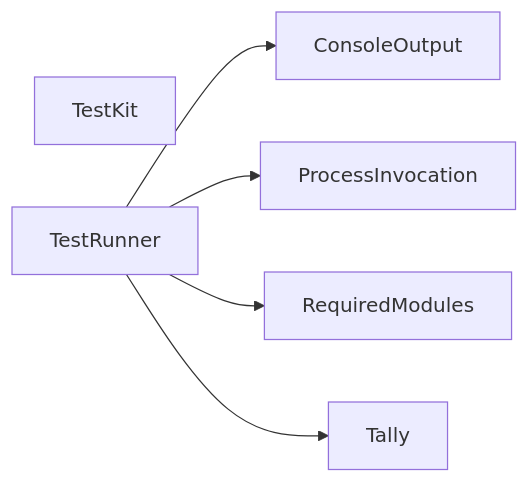
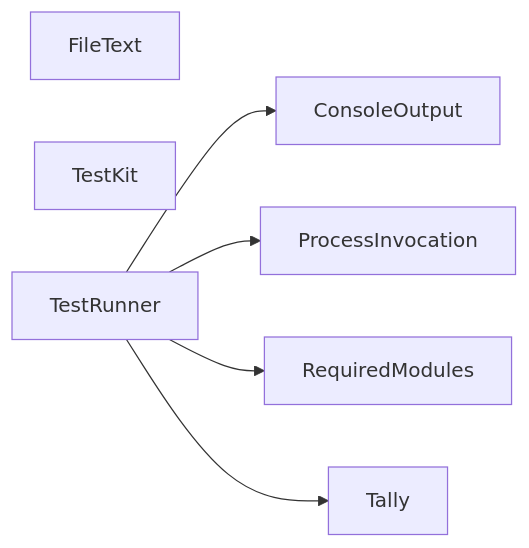
One commit to TaffarelJr/powershell-modules changed the diagram in README.md. Above: the diagram before and after it, drawn with Mermaid. The commit also changed other lines of this file and 22 other files, not shown here.

````diff
--- a/README.md
+++ b/README.md
@@ -29,14 +30,15 @@
 ```mermaid
 graph LR
     ConsoleOutput["ConsoleOutput"]
+    FileText["FileText"]
     ProcessInvocation["ProcessInvocation"]
     RequiredModules["RequiredModules"]
     Tally["Tally"]
     TestKit["TestKit"]
     TestRunner["TestRunner"]
 
     TestRunner --> ConsoleOutput
     TestRunner --> ProcessInvocation
     TestRunner --> RequiredModules
     TestRunner --> Tally
 ```
````
